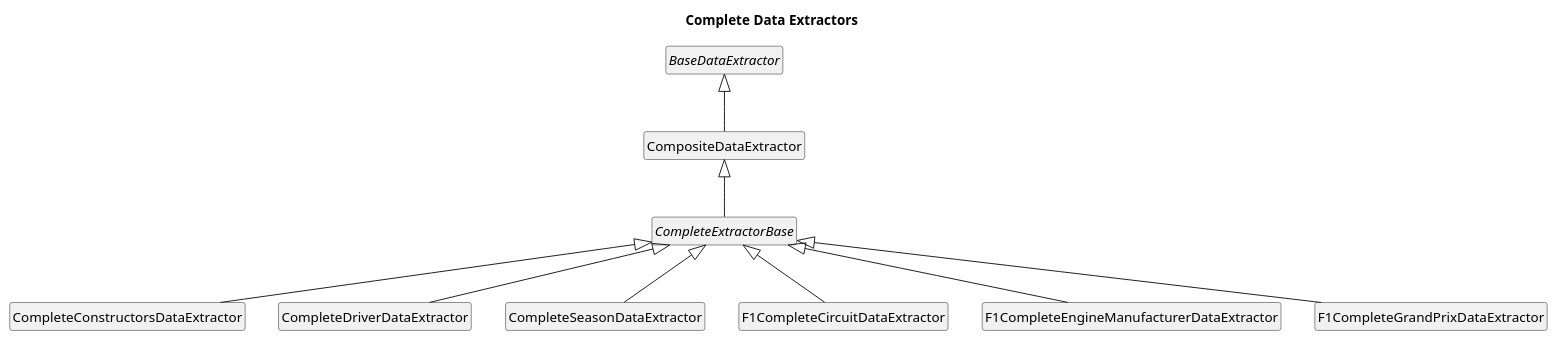
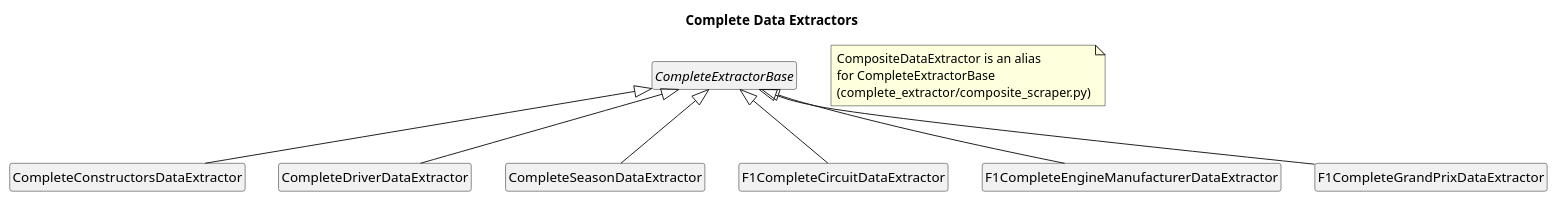
Before and after one commit to bgembalczyk/F1: the diagram in docs/uml/inheritance/components/02_complete_extractors.puml, drawn with PlantUML. The commit also changed 2 other files, not shown here.

Commit message:
Fix IndentationError in composite_scraper.py, remove duplicate content in base.py, update UML
Agent-Logs-Url: https://github.com/bgembalczyk/F1/sessions/bad51303-2809-4fdc-a2ec-1cb3b65c5c8b

```diff
--- a/docs/uml/inheritance/components/02_complete_extractors.puml
+++ b/docs/uml/inheritance/components/02_complete_extractors.puml
@@ -1,26 +1,24 @@
 @startuml
 title Complete Data Extractors
 skinparam classAttributeIconSize 0
 hide empty members
 hide circle
 
-abstract class BaseDataExtractor
+abstract class CompleteExtractorBase
 class CompleteConstructorsDataExtractor
 class CompleteDriverDataExtractor
-abstract class CompleteExtractorBase
 class CompleteSeasonDataExtractor
-class CompositeDataExtractor
 class F1CompleteCircuitDataExtractor
 class F1CompleteEngineManufacturerDataExtractor
 class F1CompleteGrandPrixDataExtractor
 
+note "CompositeDataExtractor is an alias\nfor CompleteExtractorBase\n(complete_extractor/composite_scraper.py)" as N1
+
 CompleteExtractorBase <|-- CompleteConstructorsDataExtractor
 CompleteExtractorBase <|-- CompleteDriverDataExtractor
-CompositeDataExtractor <|-- CompleteExtractorBase
 CompleteExtractorBase <|-- CompleteSeasonDataExtractor
-BaseDataExtractor <|-- CompositeDataExtractor
 CompleteExtractorBase <|-- F1CompleteCircuitDataExtractor
 CompleteExtractorBase <|-- F1CompleteEngineManufacturerDataExtractor
 CompleteExtractorBase <|-- F1CompleteGrandPrixDataExtractor
 
 @enduml
```
